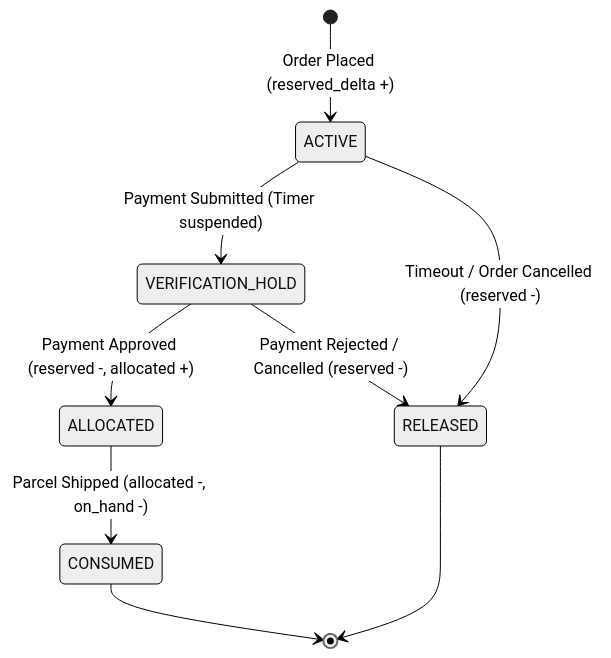
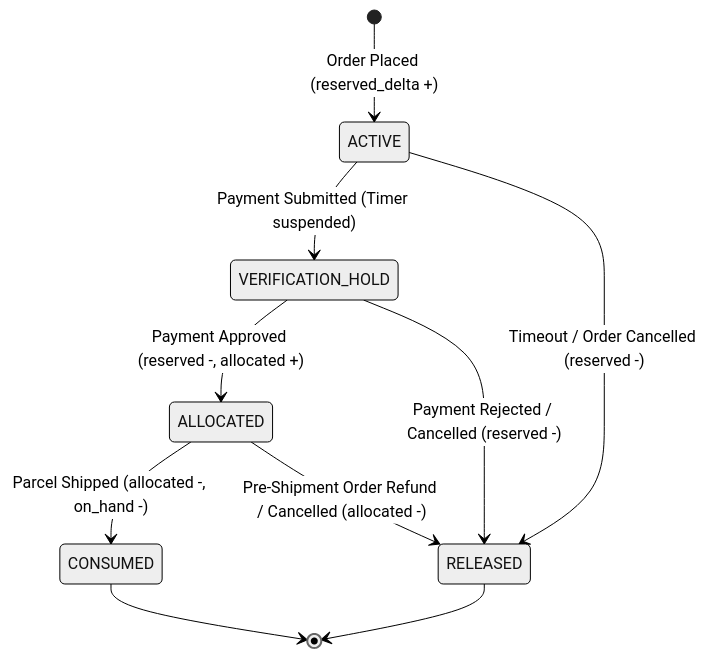
One commit to SaeBryxn/GamerPeru-Vercel changed the fourth of 15 diagrams in docs/architecture/COMMERCE_DOMAIN_MODEL.md. Above: the diagram before and after it, drawn with Mermaid (neutral theme). The commit also changed other lines of this file, not shown here.

````diff
--- a/docs/architecture/COMMERCE_DOMAIN_MODEL.md
+++ b/docs/architecture/COMMERCE_DOMAIN_MODEL.md
@@ -1155,11 +1189,12 @@
 ```mermaid
 stateDiagram-v2
     [*] --> ACTIVE: Order Placed (reserved_delta +)
     ACTIVE --> VERIFICATION_HOLD: Payment Submitted (Timer suspended)
     VERIFICATION_HOLD --> ALLOCATED: Payment Approved (reserved -, allocated +)
     ALLOCATED --> CONSUMED: Parcel Shipped (allocated -, on_hand -)
     ACTIVE --> RELEASED: Timeout / Order Cancelled (reserved -)
     VERIFICATION_HOLD --> RELEASED: Payment Rejected / Cancelled (reserved -)
+    ALLOCATED --> RELEASED: Pre-Shipment Order Refund / Cancelled (allocated -)
     CONSUMED --> [*]
     RELEASED --> [*]
 ```
````
